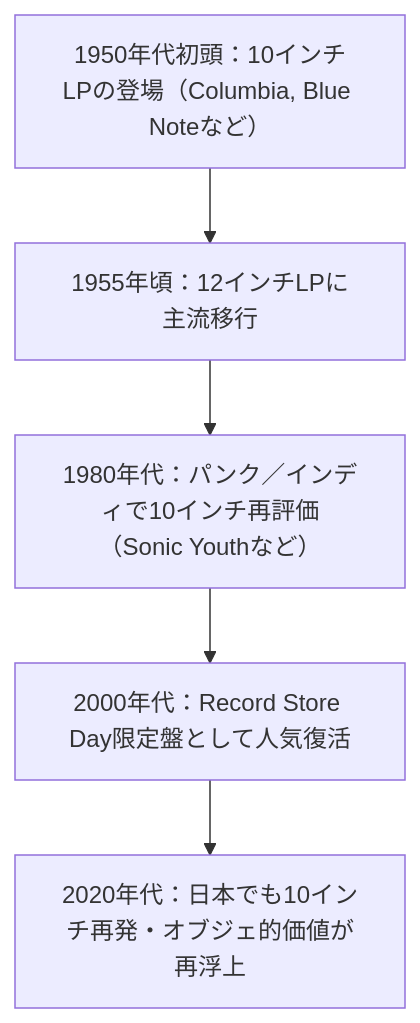
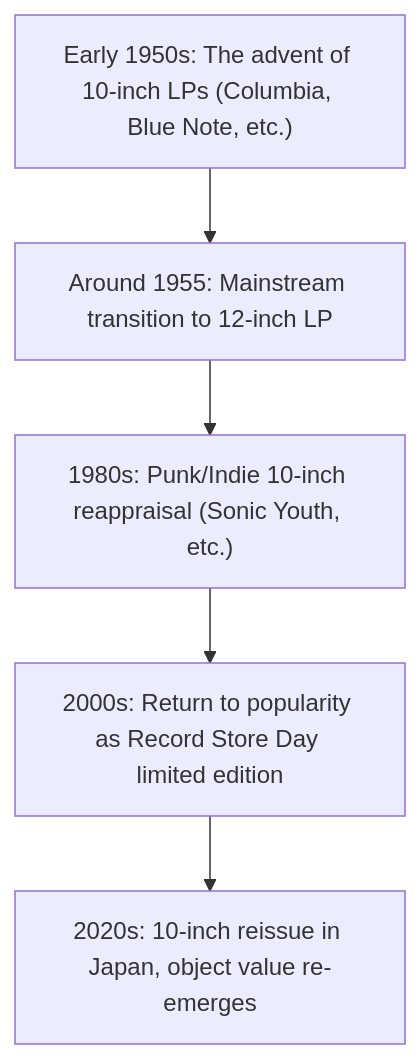
One commit to monumental-movement/monumental-movement.github.io changed the diagram in en/_posts/2025-10-11-Colum-10-Inch-Vinyl.md. Above: the diagram before and after it, drawn with Mermaid. The commit also changed 152 other files, not shown here.

```diff
--- a/en/_posts/2025-10-11-Colum-10-Inch-Vinyl.md
+++ b/en/_posts/2025-10-11-Colum-10-Inch-Vinyl.md
@@ -130,13 +130,13 @@
 <div class="mermaid">
 
 flowchart TD
-A1950["1950年代初頭：10インチLPの登場（Columbia, Blue Noteなど）"]
-A1955["1955年頃：12インチLPに主流移行"]
-A1980["1980年代：パンク／インディで10インチ再評価（Sonic Youthなど）"]
-A2000["2000年代：Record Store Day限定盤として人気復活"]
-A2020["2020年代：日本でも10インチ再発・オブジェ的価値が再浮上"]
+A1950["Early 1950s: The advent of 10-inch LPs (Columbia, Blue Note, etc.)"]
+A1955["Around 1955: Mainstream transition to 12-inch LP"]
+A1980["1980s: Punk/Indie 10-inch reappraisal (Sonic Youth, etc.)"]
+A2000["2000s: Return to popularity as Record Store Day limited edition"]
+A2020["2020s: 10-inch reissue in Japan, object value re-emerges"]
 
     A1950 --> A1955 --> A1980 --> A2000 --> A2020
 
 
 </div>
```
